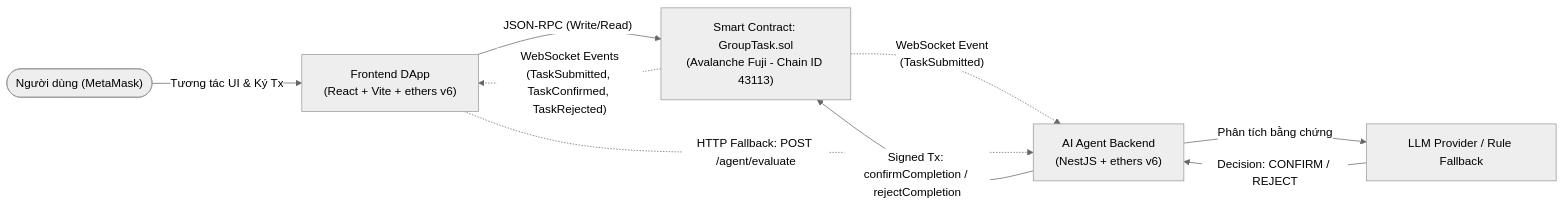
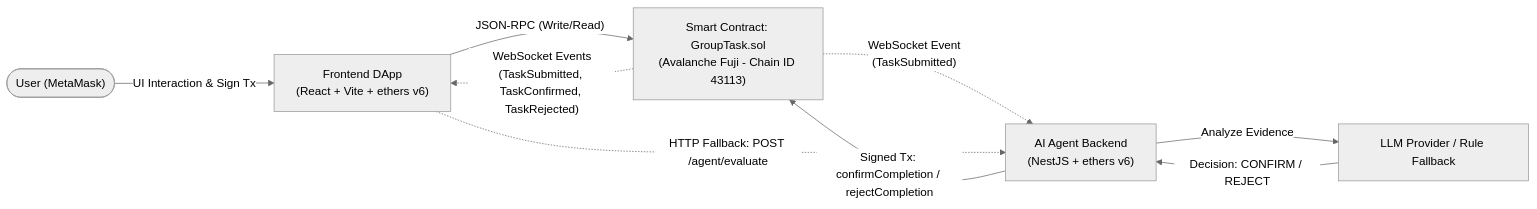
The first of 2 diagrams in docs/architecture.md (ddhoang2440/ProofWork), drawn with Mermaid (neutral theme) before and after one commit. The commit also changed other lines of this file and 4 other files, not shown here.

Commit message:
docs: add API, architecture, and smart contract interface specifications

````diff
--- a/docs/architecture.md
+++ b/docs/architecture.md
@@ -5,17 +5,17 @@
 ```mermaid
 flowchart LR
-    User(["Người dùng (MetaMask)"])
+    User(["User (MetaMask)"])
     FE["Frontend DApp\n(React + Vite + ethers v6)"]
     SC["Smart Contract: GroupTask.sol\n(Avalanche Fuji - Chain ID 43113)"]
     Agent["AI Agent Backend\n(NestJS + ethers v6)"]
     LLM["LLM Provider / Rule Fallback"]
 
-    User -->|"Tương tác UI & Ký Tx"| FE
+    User -->|"UI Interaction & Sign Tx"| FE
     FE -->|"JSON-RPC (Write/Read)"| SC
     SC -.->|"WebSocket Events\n(TaskSubmitted, TaskConfirmed, TaskRejected)"| FE
     SC -.->|"WebSocket Event\n(TaskSubmitted)"| Agent
-    Agent -->|"Phân tích bằng chứng"| LLM
+    Agent -->|"Analyze Evidence"| LLM
     LLM -->|"Decision: CONFIRM / REJECT"| Agent
     Agent -->|"Signed Tx: confirmCompletion / rejectCompletion"| SC
     FE -.->|"HTTP Fallback: POST /agent/evaluate"| Agent
 ```
````
